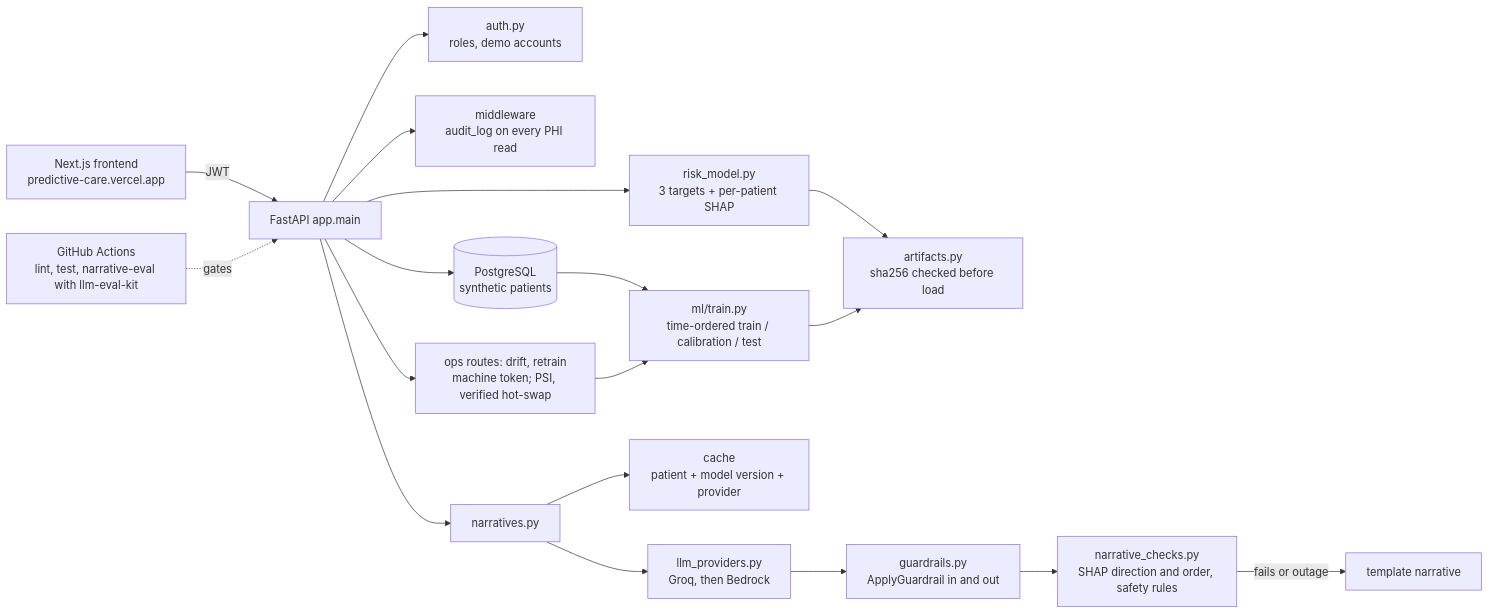
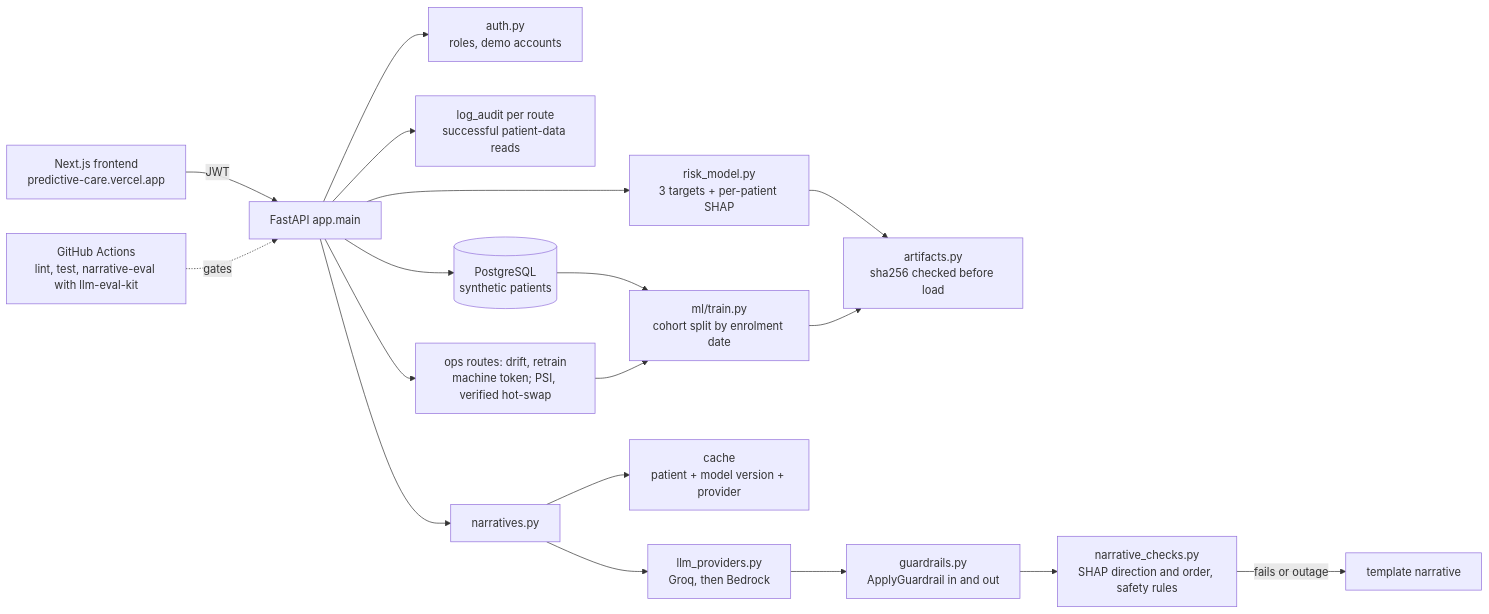
One commit to SushantTusharJoshi/predictive-care changed the diagram in README.md. Above: the diagram before and after it, drawn with Mermaid. The commit also changed other lines of this file and 6 other files, not shown here.

````diff
--- a/README.md
+++ b/README.md
@@ -16,20 +16,20 @@
 ```mermaid
 flowchart LR
   UI["Next.js frontend<br/>predictive-care.vercel.app"] -->|JWT| API["FastAPI app.main"]
   API --> AUTH["auth.py<br/>roles, demo accounts"]
-  API --> AUDIT["middleware<br/>audit_log on every PHI read"]
+  API --> AUDIT["log_audit per route<br/>successful patient-data reads"]
   API --> DB[("PostgreSQL<br/>synthetic patients")]
   API --> RISK["risk_model.py<br/>3 targets + per-patient SHAP"]
   RISK --> ART["artifacts.py<br/>sha256 checked before load"]
-  TRAIN["ml/train.py<br/>time-ordered train / calibration / test"] --> ART
+  TRAIN["ml/train.py<br/>cohort split by enrolment date"] --> ART
   DB --> TRAIN
   API --> NAR["narratives.py"]
   NAR --> CACHE["cache<br/>patient + model version + provider"]
   NAR --> PROV["llm_providers.py<br/>Groq, then Bedrock"]
   PROV --> GR["guardrails.py<br/>ApplyGuardrail in and out"]
   GR --> CHK["narrative_checks.py<br/>SHAP direction and order, safety rules"]
   CHK -->|fails or outage| TPL["template narrative"]
   CI["GitHub Actions<br/>lint, test, narrative-eval with llm-eval-kit"] -.gates.-> API
   API --> OPS["ops routes: drift, retrain<br/>machine token; PSI, verified hot-swap"]
   OPS --> TRAIN
 ```
````
